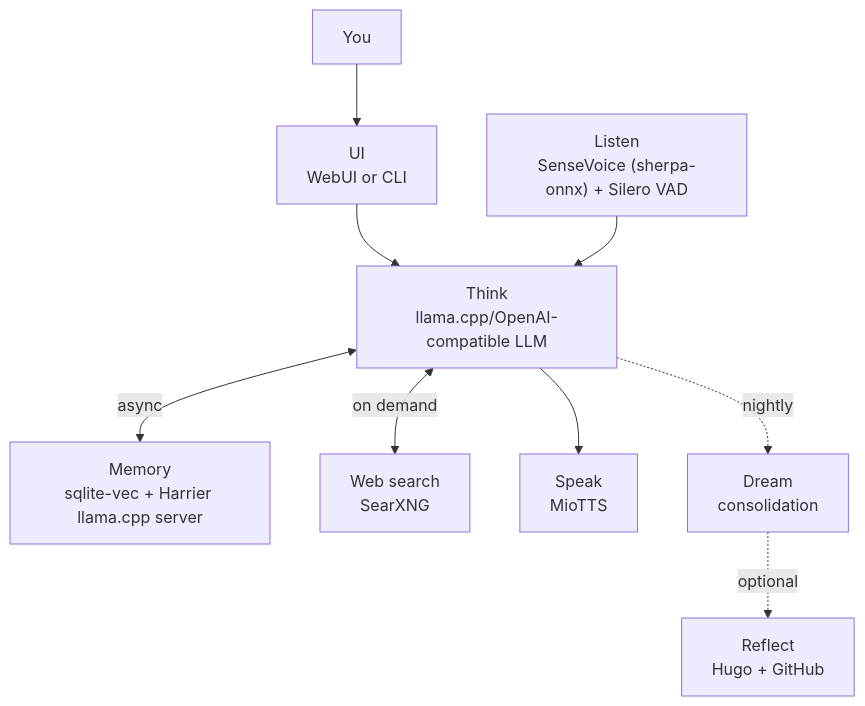
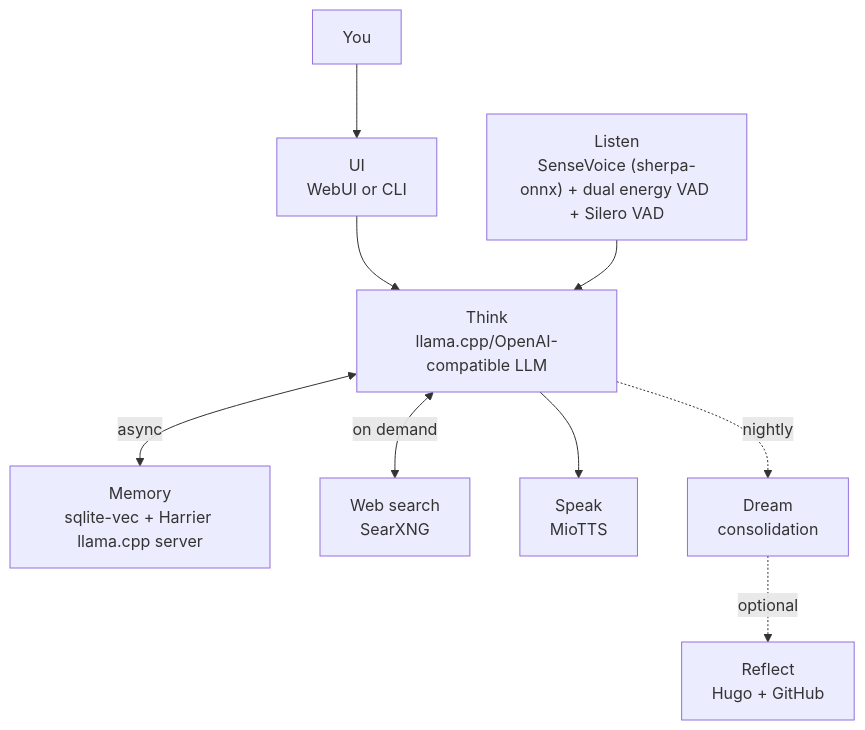
One commit to OppaAI/Aiko-chan changed the diagram in README.md. Above: the diagram before and after it, drawn with Mermaid. The commit also changed other lines of this file, not shown here.

First line of the commit message:
Revise VAD and ASR details in README

````diff
--- a/README.md
+++ b/README.md
@@ -131,11 +131,11 @@
 ```mermaid
 flowchart TD
     YOU[You] --> UI[UI\nWebUI or CLI]
     UI --> THINK[Think\nllama.cpp/OpenAI-compatible LLM]
     THINK <-->|async| MEM[Memory\nsqlite-vec + Harrier llama.cpp server]
     THINK <-->|on demand| SEARCH[Web search\nSearXNG]
     THINK --> SPEAK[Speak\nMioTTS]
-    LISTEN["Listen\nSenseVoice (sherpa-onnx) + Silero VAD"] --> THINK
+    LISTEN["Listen\nSenseVoice (sherpa-onnx) + dual energy VAD + Silero VAD"] --> THINK
     THINK -.->|nightly| DREAM[Dream\nconsolidation]
     DREAM -.->|optional| REFLECT[Reflect\nHugo + GitHub]
 ```
````
